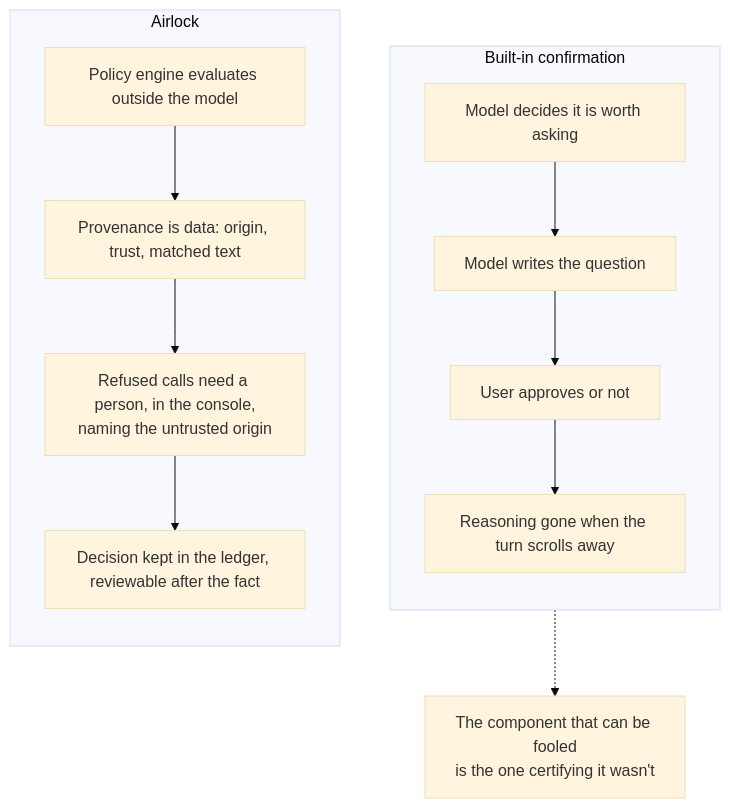
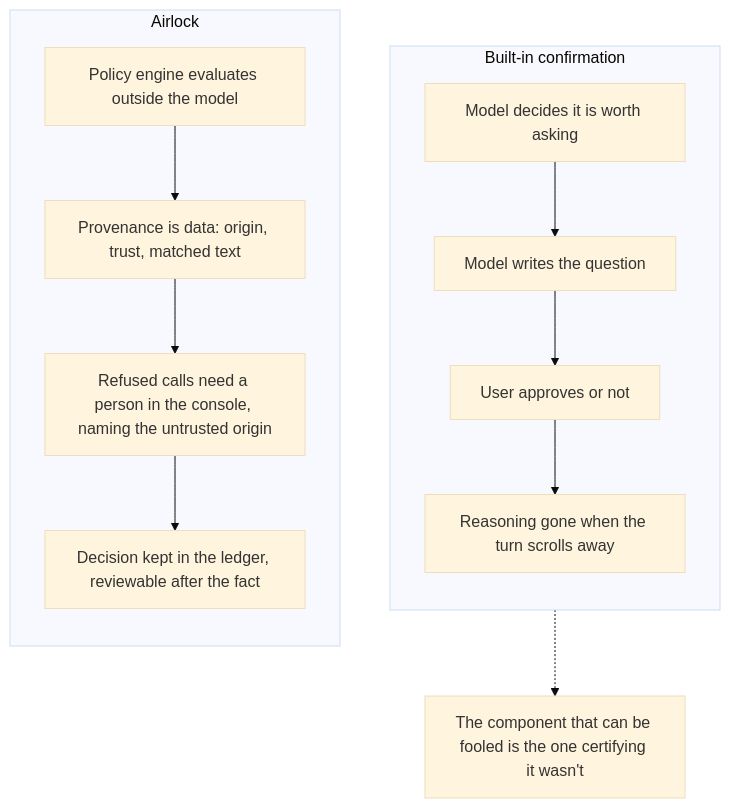
Before and after one commit to rahXephonz/airlock: the third of 3 diagrams in docs/diagrams.md, drawn with Mermaid (base theme). The commit also changed other lines of this file and 1 other file, not shown here.

First line of the commit message:
fix: stop the diagram showing the refused write arriving

````diff
--- a/docs/diagrams.md
+++ b/docs/diagrams.md
@@ -73,23 +81,23 @@
 ```mermaid
 flowchart TB
     subgraph them["Built-in confirmation"]
         direction TB
         t1["Model decides it is worth asking"]
         t2["Model writes the question"]
         t3["User approves or not"]
         t4["Reasoning gone when the turn scrolls away"]
         t1 --> t2 --> t3 --> t4
     end
 
     subgraph us["Airlock"]
         direction TB
         u1["Policy engine evaluates outside the model"]
         u2["Provenance is data: origin, trust, matched text"]
-        u3["Refused calls need a person, in the console,<br/>naming the untrusted origin"]
+        u3["Refused calls need a person in the console, naming the untrusted origin"]
         u4["Decision kept in the ledger, reviewable after the fact"]
         u1 --> u2 --> u3 --> u4
     end
 
-    note1["The component that can be fooled<br/>is the one certifying it wasn't"]
+    note1["The component that can be fooled is the one certifying it wasn't"]
     t2 -.-> note1
 ```
````
